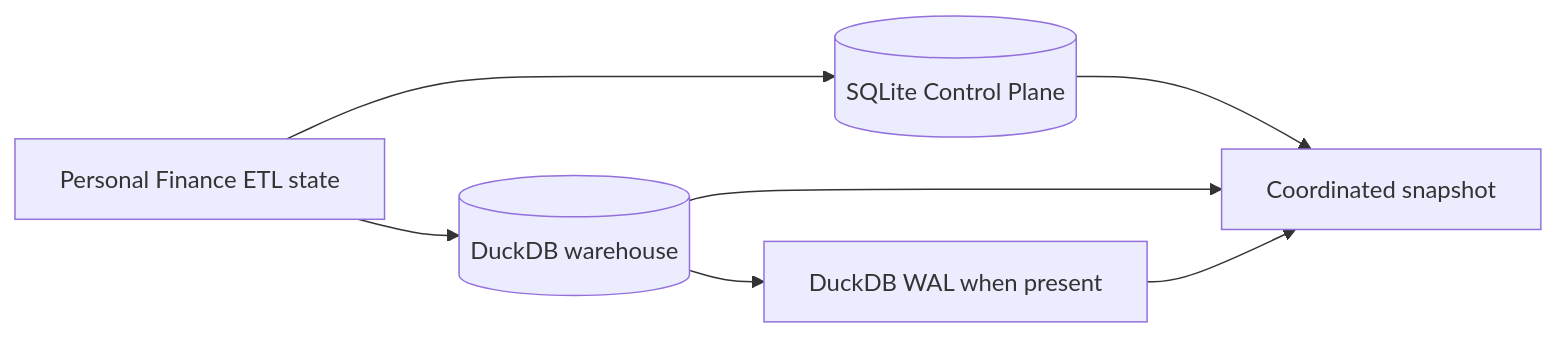
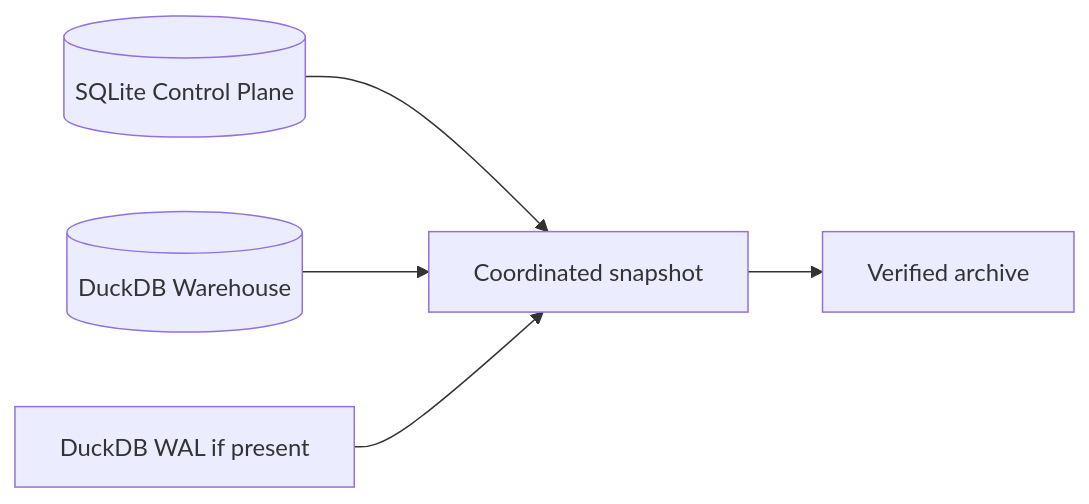
One commit to tks18/personal-finance-etl changed the first of 5 diagrams in docs/architecture/backup-and-restore.md. Above: the diagram before and after it, drawn with Mermaid. The commit also changed other lines of this file and 10 other files, not shown here.

Commit message:
docs: update docs/architecture for latest version

````diff
--- a/docs/architecture/backup-and-restore.md
+++ b/docs/architecture/backup-and-restore.md
@@ -19,10 +21,7 @@
 ```mermaid
 flowchart LR
-    APP[Personal Finance ETL state]
-    APP --> S[(SQLite Control Plane)]
-    APP --> D[(DuckDB warehouse)]
-    D --> W[DuckDB WAL when present]
-    S --> ZIP[Coordinated snapshot]
-    D --> ZIP
-    W --> ZIP
+    CP[(SQLite Control Plane)] --> SNAP[Coordinated snapshot]
+    DB[(DuckDB Warehouse)] --> SNAP
+    WAL[DuckDB WAL if present] --> SNAP
+    SNAP --> ZIP[Verified archive]
 ```
````
